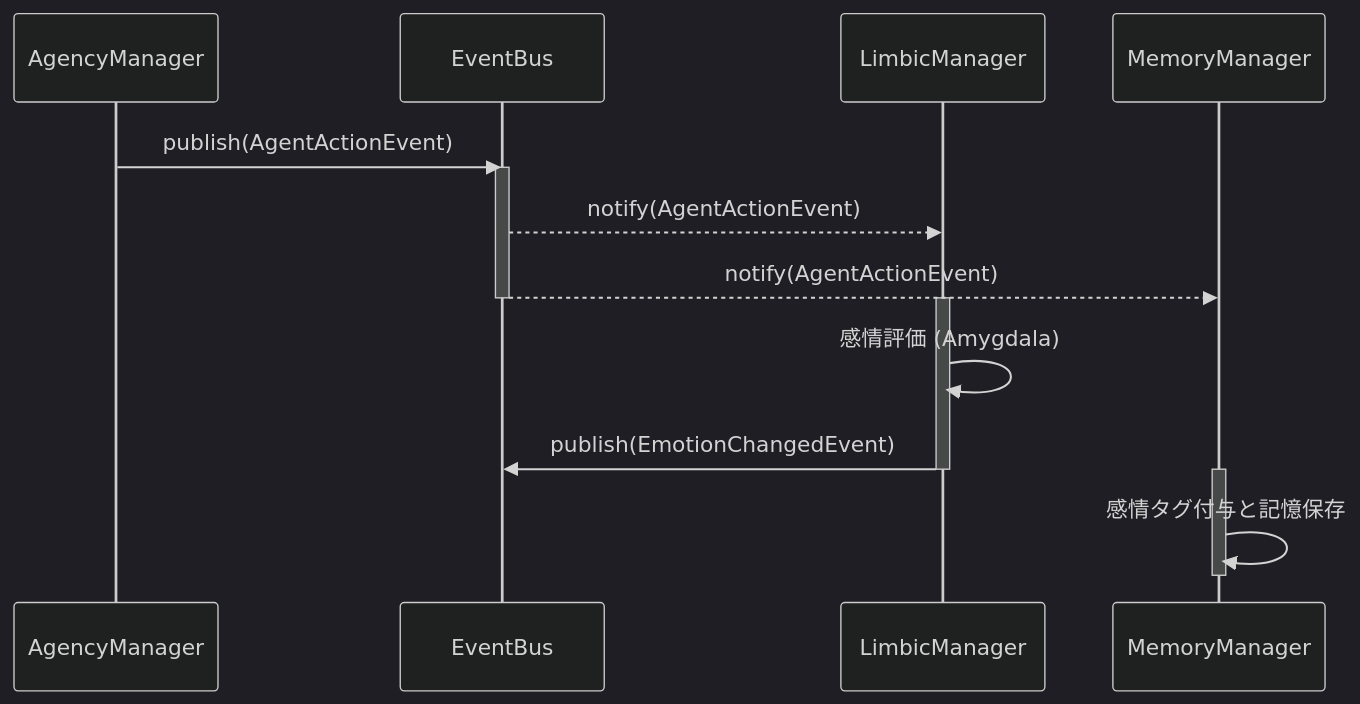
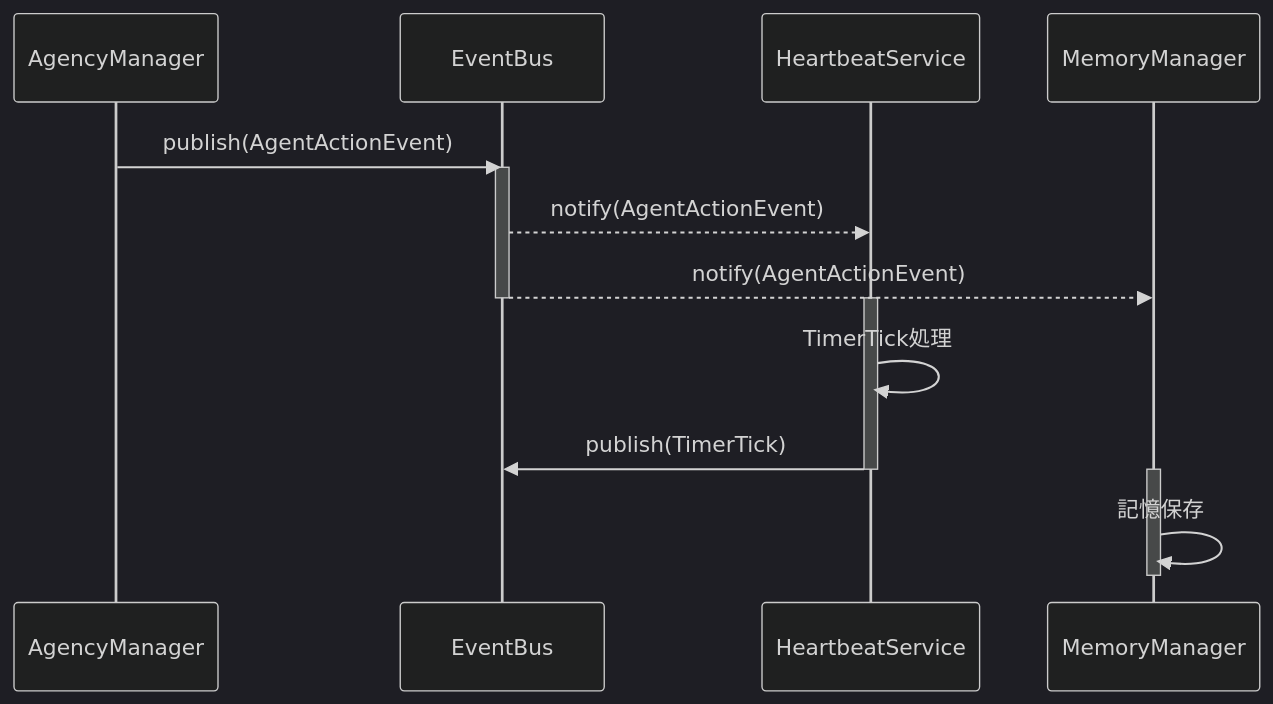
Before and after one commit to ibukani/iris-mind: the second of 2 diagrams in .agents/skills/iris-visualize/SKILL.md, drawn with Mermaid (dark theme). The commit also changed other lines of this file and 9 other files, not shown here.

````diff
--- a/.agents/skills/iris-visualize/SKILL.md
+++ b/.agents/skills/iris-visualize/SKILL.md
@@ -105,22 +100,22 @@
 ```mermaid
 sequenceDiagram
     participant A as AgencyManager
     participant E as EventBus
-    participant L as LimbicManager
+    participant H as HeartbeatService
     participant M as MemoryManager
 
     A->>E: publish(AgentActionEvent)
     activate E
-    E-->>L: notify(AgentActionEvent)
+    E-->>H: notify(AgentActionEvent)
     E-->>M: notify(AgentActionEvent)
     deactivate E
 
-    activate L
-    L->>L: 感情評価 (Amygdala)
-    L->>E: publish(EmotionChangedEvent)
-    deactivate L
+    activate H
+    H->>H: TimerTick処理
+    H->>E: publish(TimerTick)
+    deactivate H
 
     activate M
-    M->>M: 感情タグ付与と記憶保存
+    M->>M: 記憶保存
     deactivate M
 ```
````
